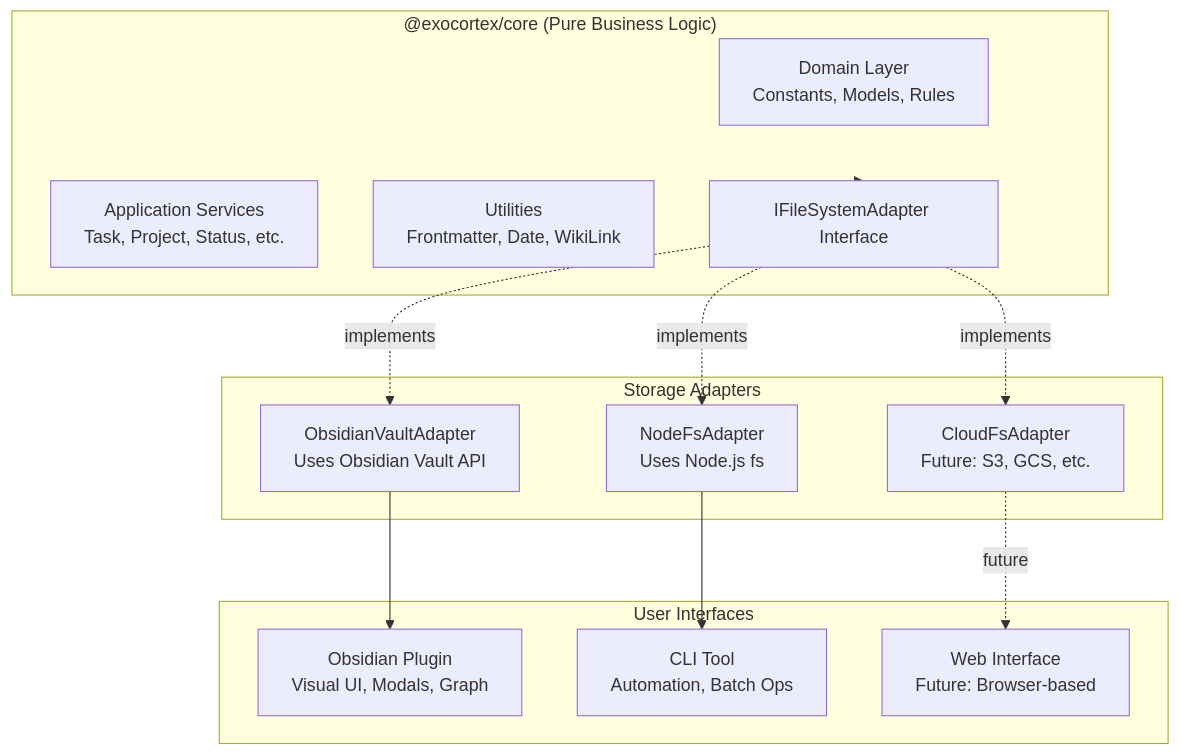
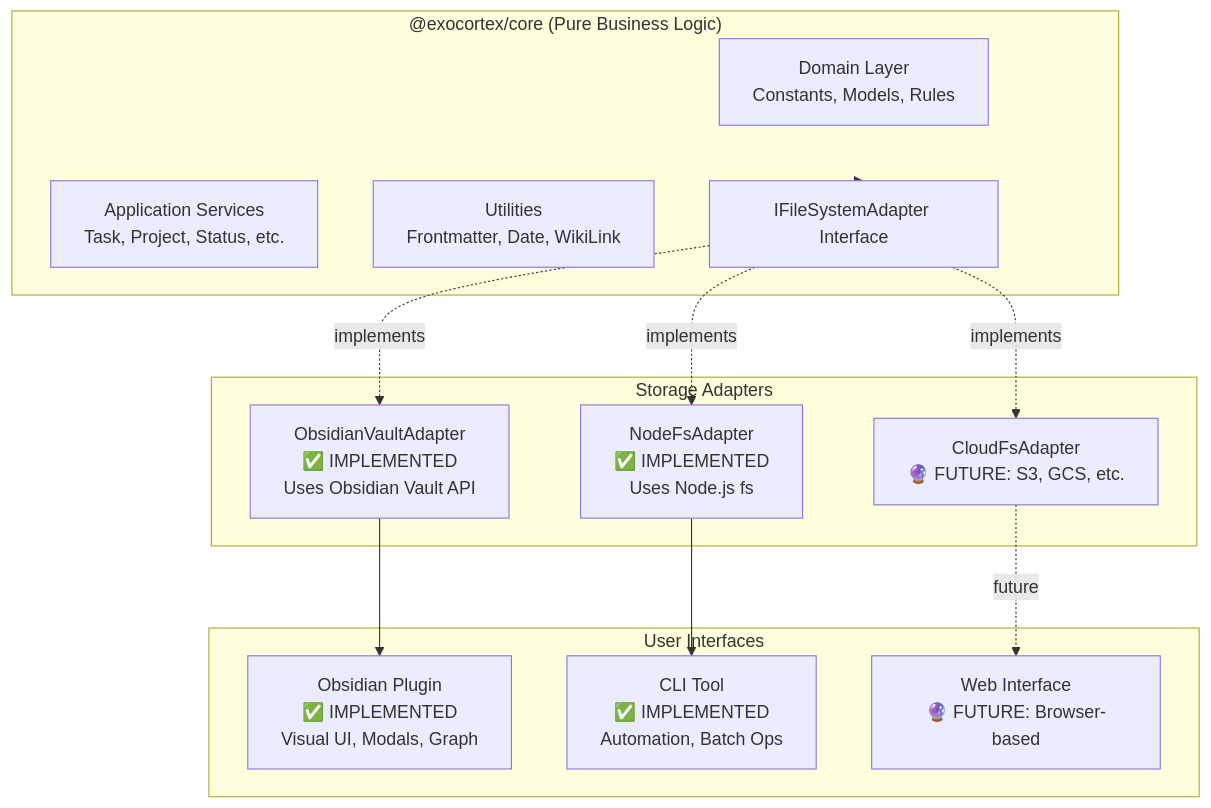
One commit to kitelev/exocortex-obsidian-plugin changed the fourth of 4 diagrams in ARCHITECTURE.md. Above: the diagram before and after it, drawn with Mermaid. The commit also changed other lines of this file and 6 other files, not shown here.

````diff
--- a/ARCHITECTURE.md
+++ b/ARCHITECTURE.md
@@ -667,29 +692,29 @@
 ```mermaid
 graph TB
     subgraph Core["@exocortex/core (Pure Business Logic)"]
         Domain[Domain Layer<br/>Constants, Models, Rules]
         Services[Application Services<br/>Task, Project, Status, etc.]
         Utils[Utilities<br/>Frontmatter, Date, WikiLink]
         IFS[IFileSystemAdapter Interface]
     end
 
     subgraph Adapters["Storage Adapters"]
-        ObsidianAdapter[ObsidianVaultAdapter<br/>Uses Obsidian Vault API]
-        NodeFsAdapter[NodeFsAdapter<br/>Uses Node.js fs]
-        CloudAdapter[CloudFsAdapter<br/>Future: S3, GCS, etc.]
+        ObsidianAdapter[ObsidianVaultAdapter<br/>✅ IMPLEMENTED<br/>Uses Obsidian Vault API]
+        NodeFsAdapter[NodeFsAdapter<br/>✅ IMPLEMENTED<br/>Uses Node.js fs]
+        CloudAdapter[CloudFsAdapter<br/>🔮 FUTURE: S3, GCS, etc.]
     end
 
     subgraph Interfaces["User Interfaces"]
-        Plugin[Obsidian Plugin<br/>Visual UI, Modals, Graph]
-        CLI[CLI Tool<br/>Automation, Batch Ops]
-        Web[Web Interface<br/>Future: Browser-based]
+        Plugin[Obsidian Plugin<br/>✅ IMPLEMENTED<br/>Visual UI, Modals, Graph]
+        CLI[CLI Tool<br/>✅ IMPLEMENTED<br/>Automation, Batch Ops]
+        Web[Web Interface<br/>🔮 FUTURE: Browser-based]
     end
 
     Core --> IFS
     IFS -.implements.-> ObsidianAdapter
     IFS -.implements.-> NodeFsAdapter
     IFS -.implements.-> CloudAdapter
     ObsidianAdapter --> Plugin
     NodeFsAdapter --> CLI
     CloudAdapter -.future.-> Web
 ```
````
